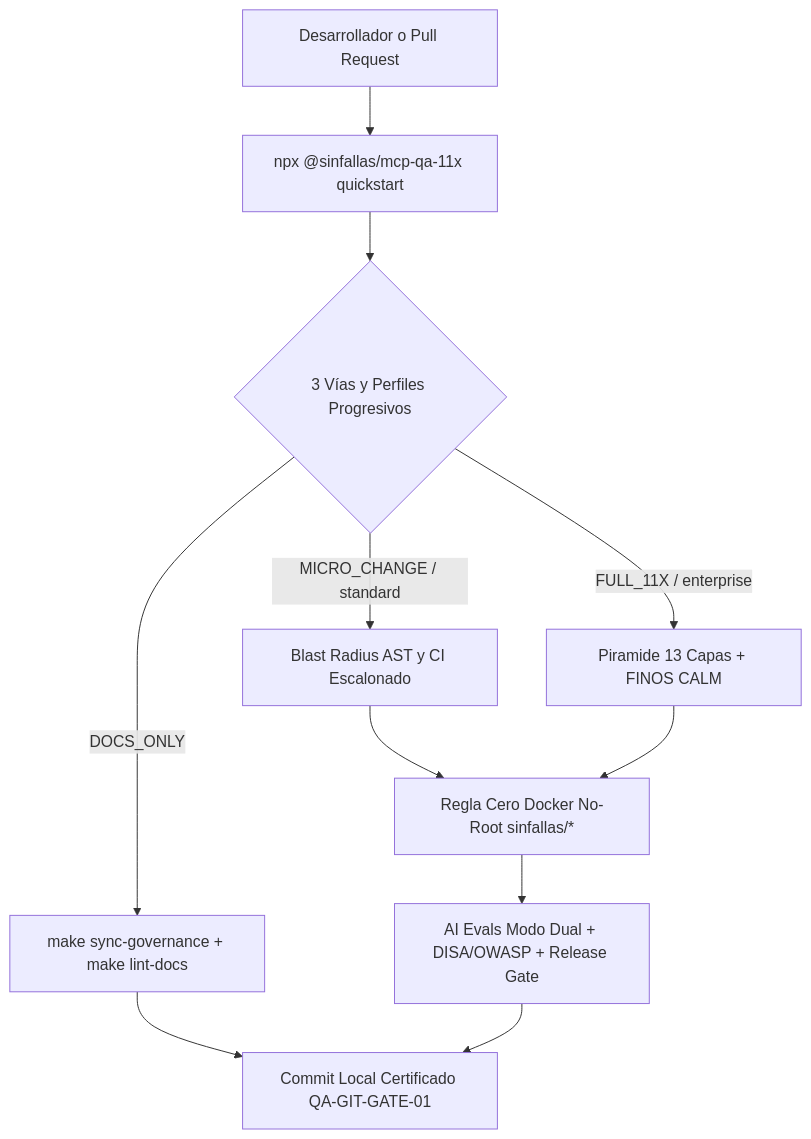
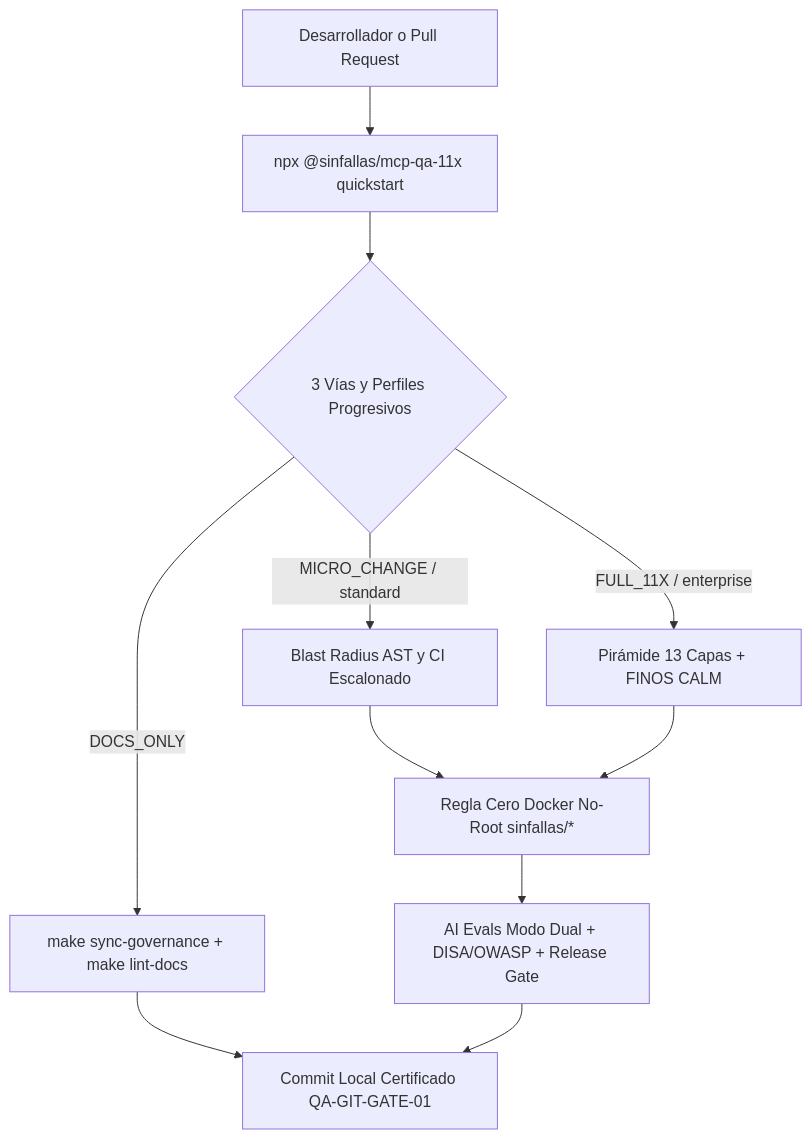
One commit to tecno-consultores/qa-testing-blueprints changed the diagram in README.es.md. Above: the diagram before and after it, drawn with Mermaid. The commit also changed other lines of this file and 304 other files, not shown here.

````diff
--- a/README.es.md
+++ b/README.es.md
@@ -62,13 +62,13 @@
 ```mermaid
 flowchart TD
     UserReq["Desarrollador o Pull Request"] --> Quickstart["npx @sinfallas/mcp-qa-11x quickstart"]
     Quickstart --> Router{"3 Vías y Perfiles Progresivos"}
     Router -->|"DOCS_ONLY"| FastDocs["make sync-governance + make lint-docs"]
     Router -->|"MICRO_CHANGE / standard"| BlastAST["Blast Radius AST y CI Escalonado"]
-    Router -->|"FULL_11X / enterprise"| FullPyramid["Piramide 13 Capas + FINOS CALM"]
+    Router -->|"FULL_11X / enterprise"| FullPyramid["Pirámide 13 Capas + FINOS CALM"]
     BlastAST --> RuleZero["Regla Cero Docker No-Root sinfallas/*"]
     FullPyramid --> RuleZero
     RuleZero --> Shields["AI Evals Modo Dual + DISA/OWASP + Release Gate"]
     FastDocs --> LocalCommit["Commit Local Certificado QA-GIT-GATE-01"]
     Shields --> LocalCommit
 ```
````
